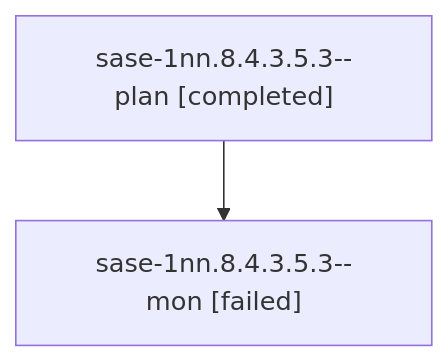
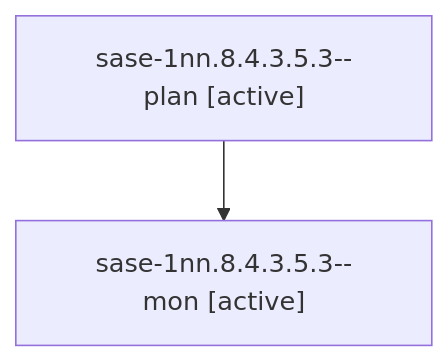
Before and after one commit to sase-org/sase--agents: the diagram in sessions/bbugyi200.athena.sase-1nn.8.4.3.5.3.md, drawn with Mermaid. The commit also changed other lines of this file and 274 other files, not shown here.

````diff
--- a/sessions/bbugyi200.athena.sase-1nn.8.4.3.5.3.md
+++ b/sessions/bbugyi200.athena.sase-1nn.8.4.3.5.3.md
@@ -9,6 +9,6 @@
 ```mermaid
 flowchart TD
-  n0["sase-1nn.8.4.3.5.3--plan [completed]"]
-  n1["sase-1nn.8.4.3.5.3--mon [failed]"]
+  n0["sase-1nn.8.4.3.5.3--plan [active]"]
+  n1["sase-1nn.8.4.3.5.3--mon [active]"]
   n0 --> n1
 ```
````
